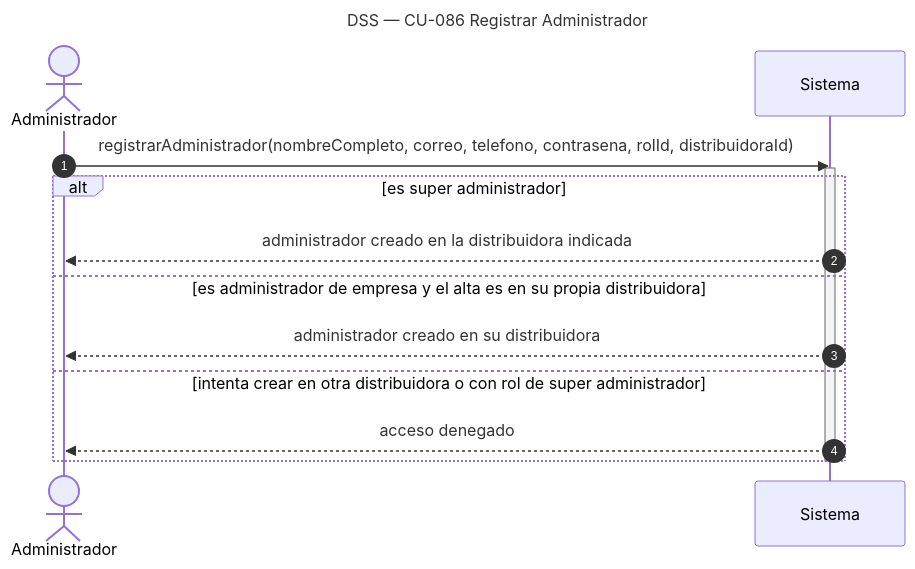
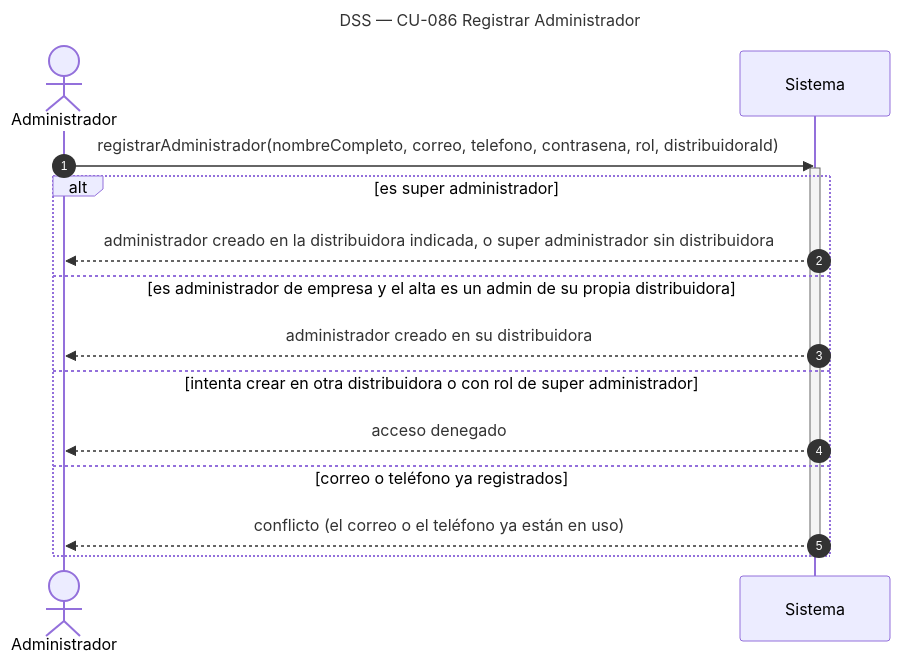
Before and after one commit to Nahuelito-Dev/splg-docs: the diagram in diagramas/DSS_CU-086_Registrar-Administrador.mmd, drawn with Mermaid. The commit also changed 47 other files, not shown here.

```diff
--- a/diagramas/DSS_CU-086_Registrar-Administrador.mmd
+++ b/diagramas/DSS_CU-086_Registrar-Administrador.mmd
@@ -1,16 +1,18 @@
 sequenceDiagram
     title DSS — CU-086 Registrar Administrador
     autonumber
     actor ADM as Administrador
     participant SIS as Sistema
 
-    ADM->>SIS: registrarAdministrador(nombreCompleto, correo, telefono, contrasena, rolId, distribuidoraId)
+    ADM->>SIS: registrarAdministrador(nombreCompleto, correo, telefono, contrasena, rol, distribuidoraId)
     activate SIS
     alt es super administrador
-        SIS-->>ADM: administrador creado en la distribuidora indicada
-    else es administrador de empresa y el alta es en su propia distribuidora
+        SIS-->>ADM: administrador creado en la distribuidora indicada, o super administrador sin distribuidora
+    else es administrador de empresa y el alta es un admin de su propia distribuidora
         SIS-->>ADM: administrador creado en su distribuidora
     else intenta crear en otra distribuidora o con rol de super administrador
         SIS-->>ADM: acceso denegado
+    else correo o teléfono ya registrados
+        SIS-->>ADM: conflicto (el correo o el teléfono ya están en uso)
     end
     deactivate SIS
```
